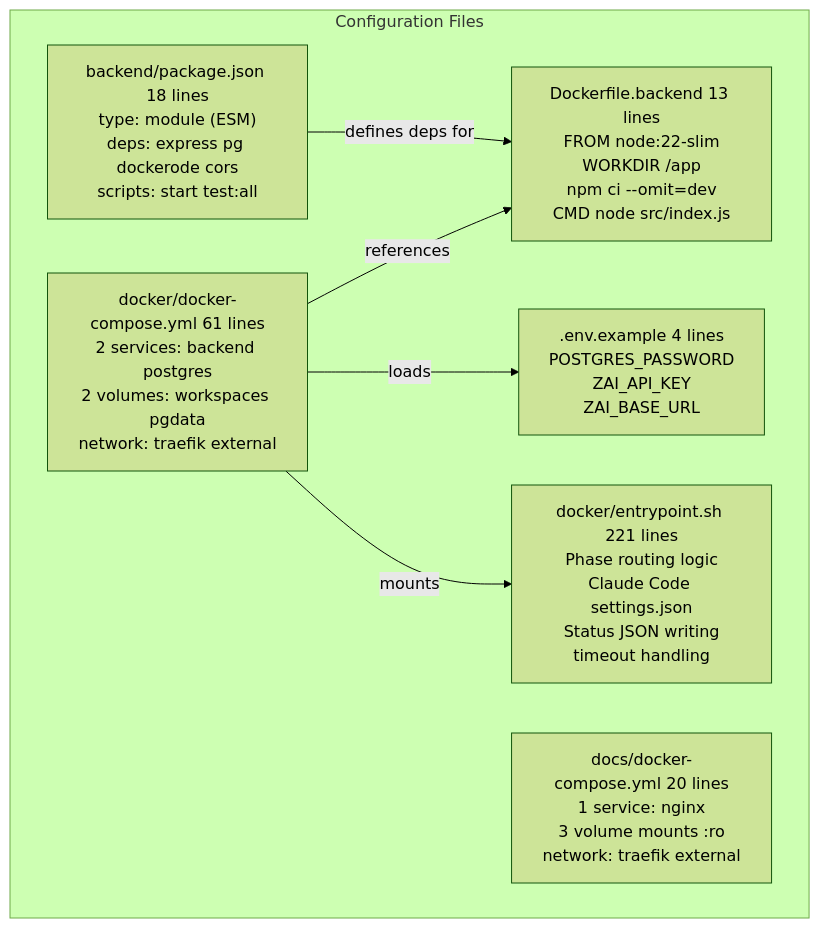
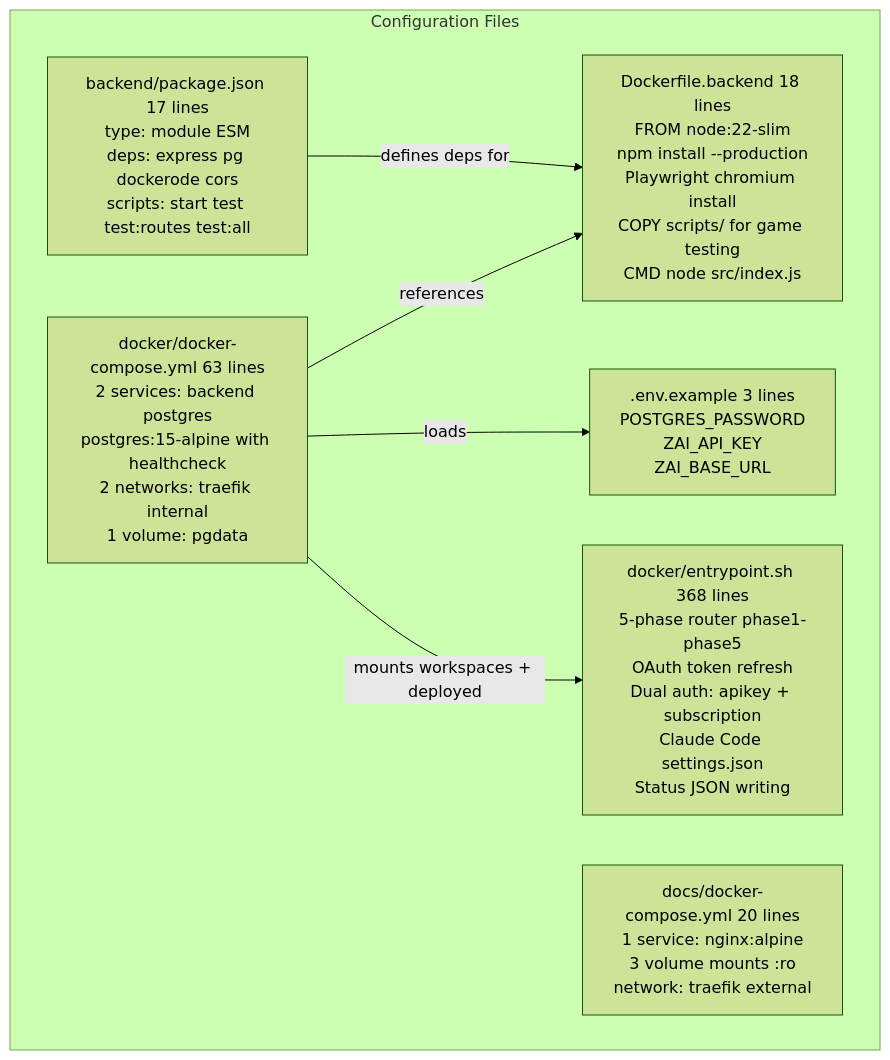
One commit to J-Gierend/gamePocGen changed the second of 3 diagrams in AI/document/08-config.md. Above: the diagram before and after it, drawn with Mermaid (forest theme). The commit also changed other lines of this file and 12 other files, not shown here.

First line of the commit message:
fix: regenerate all architecture docs from current source

````diff
--- a/AI/document/08-config.md
+++ b/AI/document/08-config.md
@@ -55,16 +76,16 @@
 ```mermaid
 graph TD
     subgraph "Configuration Files"
-        PKG["backend/package.json 18 lines\ntype: module (ESM)\ndeps: express pg dockerode cors\nscripts: start test:all"]
-        DC["docker/docker-compose.yml 61 lines\n2 services: backend postgres\n2 volumes: workspaces pgdata\nnetwork: traefik external"]
-        DDC["docs/docker-compose.yml 20 lines\n1 service: nginx\n3 volume mounts :ro\nnetwork: traefik external"]
-        DBK["Dockerfile.backend 13 lines\nFROM node:22-slim\nWORKDIR /app\nnpm ci --omit=dev\nCMD node src/index.js"]
-        ENT["docker/entrypoint.sh 221 lines\nPhase routing logic\nClaude Code settings.json\nStatus JSON writing\ntimeout handling"]
-        ENV[".env.example 4 lines\nPOSTGRES_PASSWORD\nZAI_API_KEY\nZAI_BASE_URL"]
+        PKG["backend/package.json 17 lines\ntype: module ESM\ndeps: express pg dockerode cors\nscripts: start test test:routes test:all"]
+        DC["docker/docker-compose.yml 63 lines\n2 services: backend postgres\npostgres:15-alpine with healthcheck\n2 networks: traefik internal\n1 volume: pgdata"]
+        DDC["docs/docker-compose.yml 20 lines\n1 service: nginx:alpine\n3 volume mounts :ro\nnetwork: traefik external"]
+        DBK["Dockerfile.backend 18 lines\nFROM node:22-slim\nnpm install --production\nPlaywright chromium install\nCOPY scripts/ for game testing\nCMD node src/index.js"]
+        ENT["docker/entrypoint.sh 368 lines\n5-phase router phase1-phase5\nOAuth token refresh\nDual auth: apikey + subscription\nClaude Code settings.json\nStatus JSON writing"]
+        ENV[".env.example 3 lines\nPOSTGRES_PASSWORD\nZAI_API_KEY\nZAI_BASE_URL"]
     end
 
     PKG -->|"defines deps for"| DBK
     DC -->|"references"| DBK
     DC -->|"loads"| ENV
-    DC -->|"mounts"| ENT
+    DC -->|"mounts workspaces + deployed"| ENT
 ```
````
